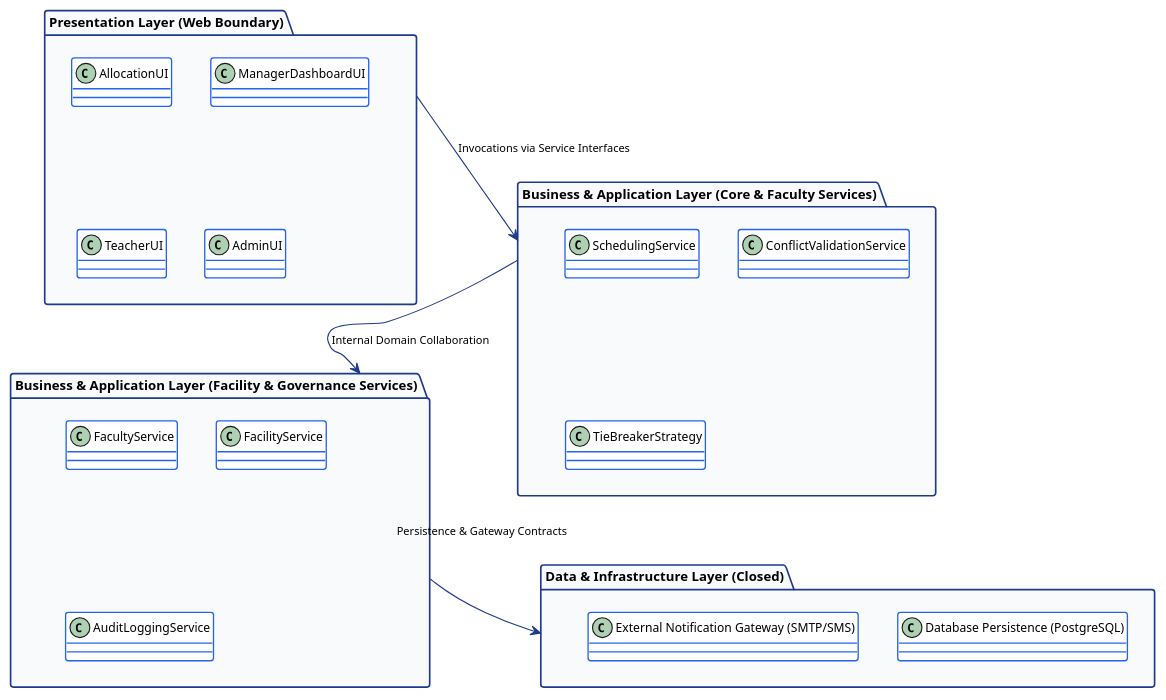
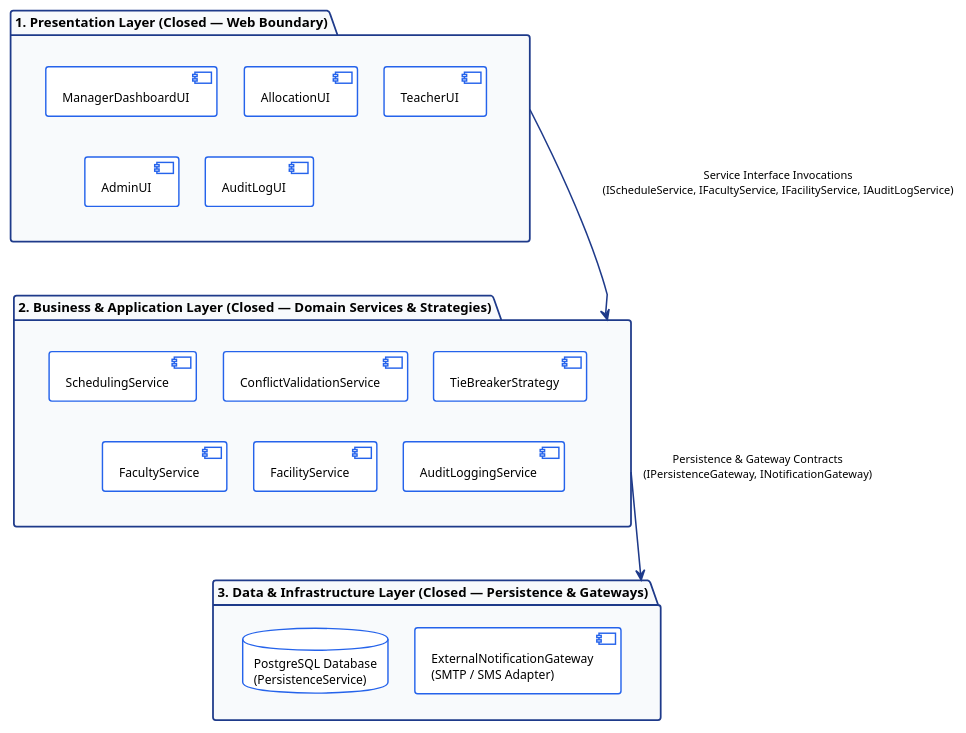
The diagram in report/assets/m2/architecture_diagram.puml (adoreblvnk/2001temp), drawn with PlantUML before and after one commit. The commit also changed 7 other files, not shown here.

Commit message:
fix(m2): unify 3-tier diagrams, refine FR/UC alignment, add WB pseudocode, and adopt IEEE citations

```diff
--- a/report/assets/m2/architecture_diagram.puml
+++ b/report/assets/m2/architecture_diagram.puml
@@ -1,59 +1,84 @@
 @startuml architecture_diagram
 top to bottom direction
+skinparam componentStyle uml2
 skinparam shadowing false
 skinparam defaultFontName "Helvetica", "Arial", sans-serif
 skinparam defaultFontSize 11
+skinparam nodesep 24
+skinparam ranksep 36
 
 skinparam package {
     BackgroundColor #F8FAFC
     BorderColor #1E3A8A
-    BorderThickness 1.5
+    BorderThickness 1.6
     FontSize 12
     FontStyle bold
 }
 
-skinparam class {
+skinparam component {
     BackgroundColor #FFFFFF
     BorderColor #2563EB
-    BorderThickness 1.2
+    BorderThickness 1.3
+    FontSize 11
+}
+
+skinparam database {
+    BackgroundColor #FFFFFF
+    BorderColor #2563EB
+    BorderThickness 1.3
     FontSize 11
 }
 
 skinparam arrow {
     Color #1E3A8A
+    Thickness 1.4
     FontSize 10
 }
 
-package "Presentation Layer (Web Boundary)" as Layer1 {
-    class "AllocationUI" as UI1
-    class "ManagerDashboardUI" as UI2
-    class "TeacherUI" as UI3
-    class "AdminUI" as UI4
+package "1. Presentation Layer (Closed — Web Boundary)" as Layer1 {
+    together {
+        component "ManagerDashboardUI" as UI1
+        component "AllocationUI" as UI2
+        component "TeacherUI" as UI3
+    }
+    together {
+        component "AdminUI" as UI4
+        component "AuditLogUI" as UI5
+    }
+    UI1 -[hidden]right-> UI2
+    UI2 -[hidden]right-> UI3
+    UI4 -[hidden]right-> UI5
+    UI1 -[hidden]down-> UI4
+    UI2 -[hidden]down-> UI5
 }
 
-package "Business & Application Layer (Core & Faculty Services)" as Layer2A {
-    class "SchedulingService" as S1
-    class "ConflictValidationService" as S2
-    class "TieBreakerStrategy" as S6
+package "2. Business & Application Layer (Closed — Domain Services & Strategies)" as Layer2 {
+    together {
+        component "SchedulingService" as S1
+        component "ConflictValidationService" as S2
+        component "TieBreakerStrategy" as S3
+    }
+    together {
+        component "FacultyService" as S4
+        component "FacilityService" as S5
+        component "AuditLoggingService" as S6
+    }
+    S1 -[hidden]right-> S2
+    S2 -[hidden]right-> S3
+    S4 -[hidden]right-> S5
+    S5 -[hidden]right-> S6
+    S1 -[hidden]down-> S4
+    S2 -[hidden]down-> S5
+    S3 -[hidden]down-> S6
 }
 
-package "Business & Application Layer (Facility & Governance Services)" as Layer2B {
-    class "FacultyService" as S3
-    class "FacilityService" as S4
-    class "AuditLoggingService" as S5
+package "3. Data & Infrastructure Layer (Closed — Persistence & Gateways)" as Layer3 {
+    database "PostgreSQL Database\n(PersistenceService)" as DB
+    component "ExternalNotificationGateway\n(SMTP / SMS Adapter)" as GW
+    DB -[hidden]right-> GW
 }
-
-package "Data & Infrastructure Layer (Closed)" as Layer3 {
-    class "Database Persistence (PostgreSQL)" as DB
-    class "External Notification Gateway (SMTP/SMS)" as GW
-}
-
-Layer1 --> Layer2A : Invocations via Service Interfaces
-Layer2A --> Layer2B : Internal Domain Collaboration
-Layer2B --> Layer3 : Persistence & Gateway Contracts
-
-Layer1 -[hidden]down-> Layer2A
-Layer2A -[hidden]down-> Layer2B
-Layer2B -[hidden]down-> Layer3
-
+Layer1 -down-> Layer2 : "  Service Interface Invocations\n  (IScheduleService, IFacultyService, IFacilityService, IAuditLogService)"
+Layer2 -down-> Layer3 : "  Persistence & Gateway Contracts\n  (IPersistenceGateway, INotificationGateway)"
+UI4 -[hidden]down-> S1
+S5 -[hidden]down-> DB
 @enduml
```
